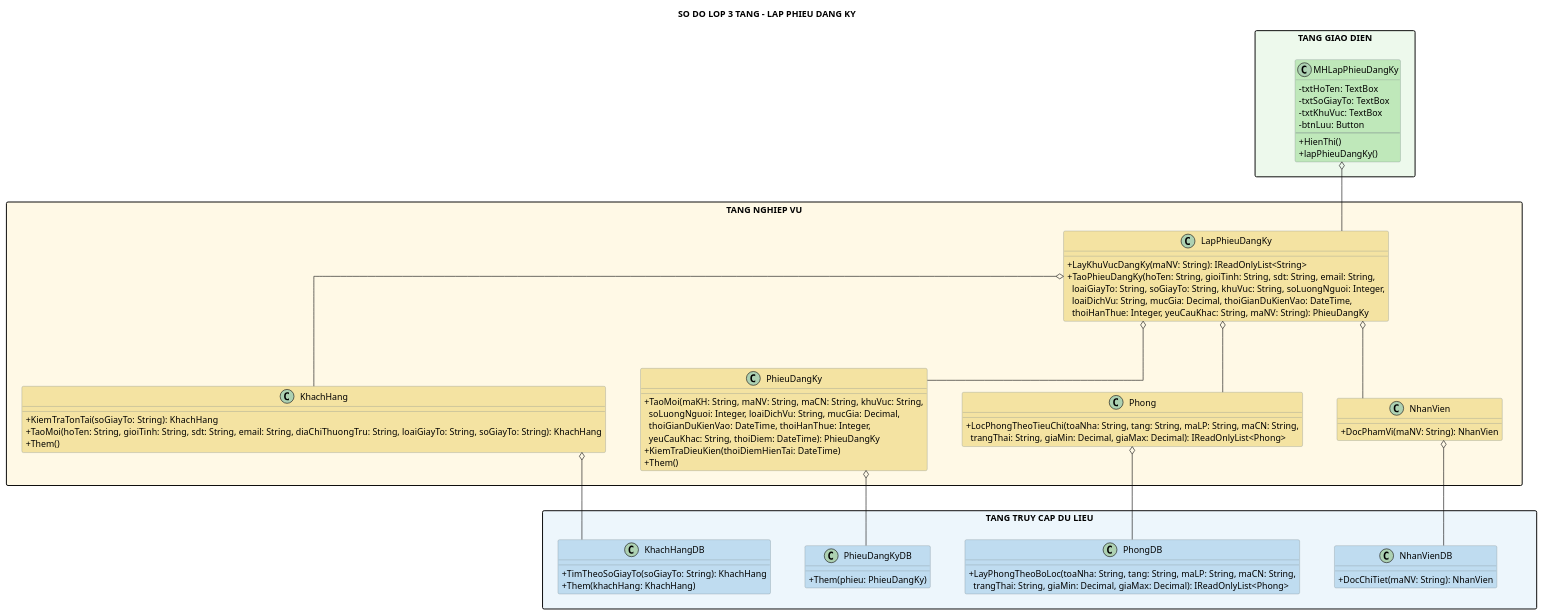
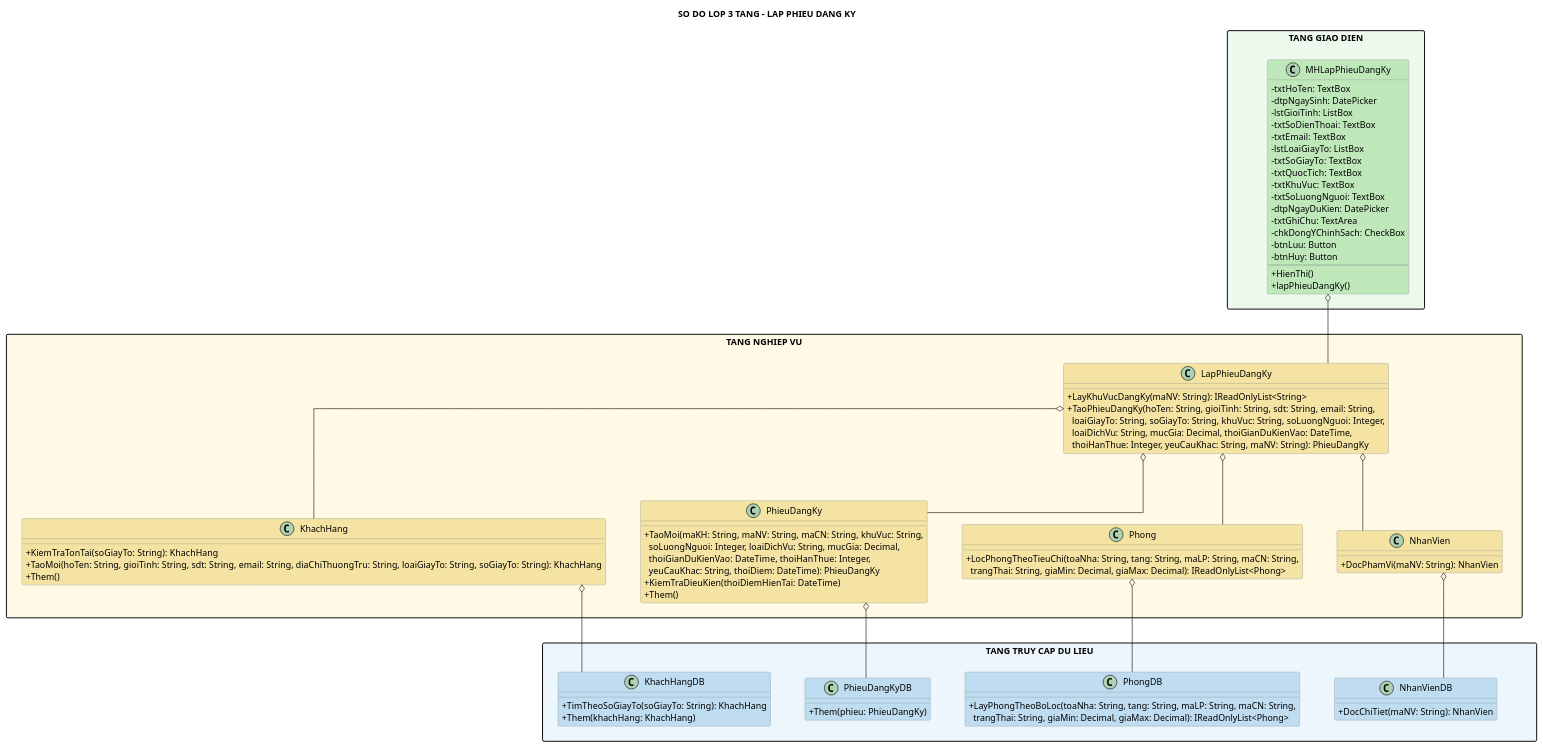
Before and after one commit to Ming1309/HomeStay-Dorm: the diagram in docs/uml/lap-phieu-dang-ky-class.puml, drawn with PlantUML. The commit also changed 64 other files, not shown here.

Commit message:
feat(uml): add validation script to enforce UML consistency and fix diagnostic errors

```diff
--- a/docs/uml/lap-phieu-dang-ky-class.puml
+++ b/docs/uml/lap-phieu-dang-ky-class.puml
@@ -1,79 +1,90 @@
 @startuml
 title SO DO LOP 3 TANG - LAP PHIEU DANG KY
 
 top to bottom direction
 skinparam shadowing false
 skinparam linetype ortho
 skinparam nodesep 55
 skinparam ranksep 75
 skinparam packageStyle rectangle
 skinparam classAttributeIconSize 0
 skinparam class {
   BorderColor #7F8C8D
 }
 
 package "TANG GIAO DIEN" as GUI_LAYER #EDF9EC {
   class MHLapPhieuDangKy #BFE8BA {
     - txtHoTen: TextBox
+    - dtpNgaySinh: DatePicker
+    - lstGioiTinh: ListBox
+    - txtSoDienThoai: TextBox
+    - txtEmail: TextBox
+    - lstLoaiGiayTo: ListBox
     - txtSoGiayTo: TextBox
+    - txtQuocTich: TextBox
     - txtKhuVuc: TextBox
+    - txtSoLuongNguoi: TextBox
+    - dtpNgayDuKien: DatePicker
+    - txtGhiChu: TextArea
+    - chkDongYChinhSach: CheckBox
     - btnLuu: Button
+    - btnHuy: Button
     --
     + HienThi()
     + lapPhieuDangKy()
   }
 }
 
 package "TANG NGHIEP VU" as BUS_LAYER #FFF9E6 {
   class LapPhieuDangKy #F4E3A2 {
     + LayKhuVucDangKy(maNV: String): IReadOnlyList<String>
     + TaoPhieuDangKy(hoTen: String, gioiTinh: String, sdt: String, email: String,\n  loaiGiayTo: String, soGiayTo: String, khuVuc: String, soLuongNguoi: Integer,\n  loaiDichVu: String, mucGia: Decimal, thoiGianDuKienVao: DateTime,\n  thoiHanThue: Integer, yeuCauKhac: String, maNV: String): PhieuDangKy
   }
   class NhanVien #F4E3A2 {
     + DocPhamVi(maNV: String): NhanVien
   }
   class KhachHang #F4E3A2 {
     + KiemTraTonTai(soGiayTo: String): KhachHang
     + TaoMoi(hoTen: String, gioiTinh: String, sdt: String, email: String, diaChiThuongTru: String, loaiGiayTo: String, soGiayTo: String): KhachHang
     + Them()
   }
   class PhieuDangKy #F4E3A2 {
     + TaoMoi(maKH: String, maNV: String, maCN: String, khuVuc: String,\n  soLuongNguoi: Integer, loaiDichVu: String, mucGia: Decimal,\n  thoiGianDuKienVao: DateTime, thoiHanThue: Integer,\n  yeuCauKhac: String, thoiDiem: DateTime): PhieuDangKy
     + KiemTraDieuKien(thoiDiemHienTai: DateTime)
     + Them()
   }
   class Phong #F4E3A2 {
     + LocPhongTheoTieuChi(toaNha: String, tang: String, maLP: String, maCN: String,\n  trangThai: String, giaMin: Decimal, giaMax: Decimal): IReadOnlyList<Phong>
   }
 }
 
 package "TANG TRUY CAP DU LIEU" as DAL_LAYER #EDF6FC {
   class NhanVienDB #BFDCF0 {
     + DocChiTiet(maNV: String): NhanVien
   }
   class KhachHangDB #BFDCF0 {
     + TimTheoSoGiayTo(soGiayTo: String): KhachHang
     + Them(khachHang: KhachHang)
   }
   class PhieuDangKyDB #BFDCF0 {
     + Them(phieu: PhieuDangKy)
   }
   class PhongDB #BFDCF0 {
     + LayPhongTheoBoLoc(toaNha: String, tang: String, maLP: String, maCN: String,\n  trangThai: String, giaMin: Decimal, giaMax: Decimal): IReadOnlyList<Phong>
   }
 }
 
 GUI_LAYER -[hidden]down- BUS_LAYER
 BUS_LAYER -[hidden]down- DAL_LAYER
 MHLapPhieuDangKy o-down- LapPhieuDangKy
 LapPhieuDangKy o-- NhanVien
 LapPhieuDangKy o-- KhachHang
 LapPhieuDangKy o-- PhieuDangKy
 LapPhieuDangKy o-- Phong
 NhanVien o-down- NhanVienDB
 KhachHang o-down- KhachHangDB
 PhieuDangKy o-down- PhieuDangKyDB
 Phong o-down- PhongDB
 LapPhieuDangKy -[hidden]down- NhanVienDB
 Phong -[hidden]down- NhanVienDB
 @enduml
```
